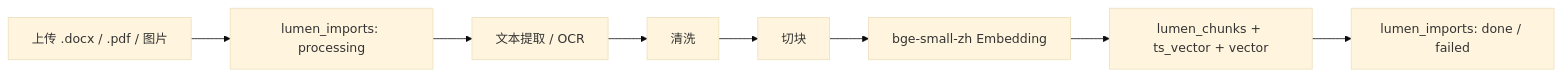
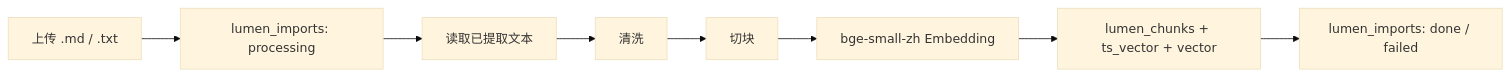
The first of 2 diagrams in docs/design/ingestion.md (emily8421/LUMEN-DEMO), drawn with Mermaid (base theme) before and after one commit. The commit also changed other lines of this file and 18 other files, not shown here.

````diff
--- a/docs/design/ingestion.md
+++ b/docs/design/ingestion.md
@@ -35,10 +37,10 @@
 ```mermaid
 flowchart LR
-  upload[上传 .docx / .pdf / 图片] --> imports[lumen_imports: processing]
-  imports --> extract[文本提取 / OCR]
+  upload[上传 .md / .txt] --> imports[lumen_imports: processing]
+  imports --> extract[读取已提取文本]
   extract --> clean[清洗]
   clean --> chunk[切块]
   chunk --> embedding[bge-small-zh Embedding]
   embedding --> chunks[lumen_chunks + ts_vector + vector]
   chunks --> done[lumen_imports: done / failed]
 ```
````
